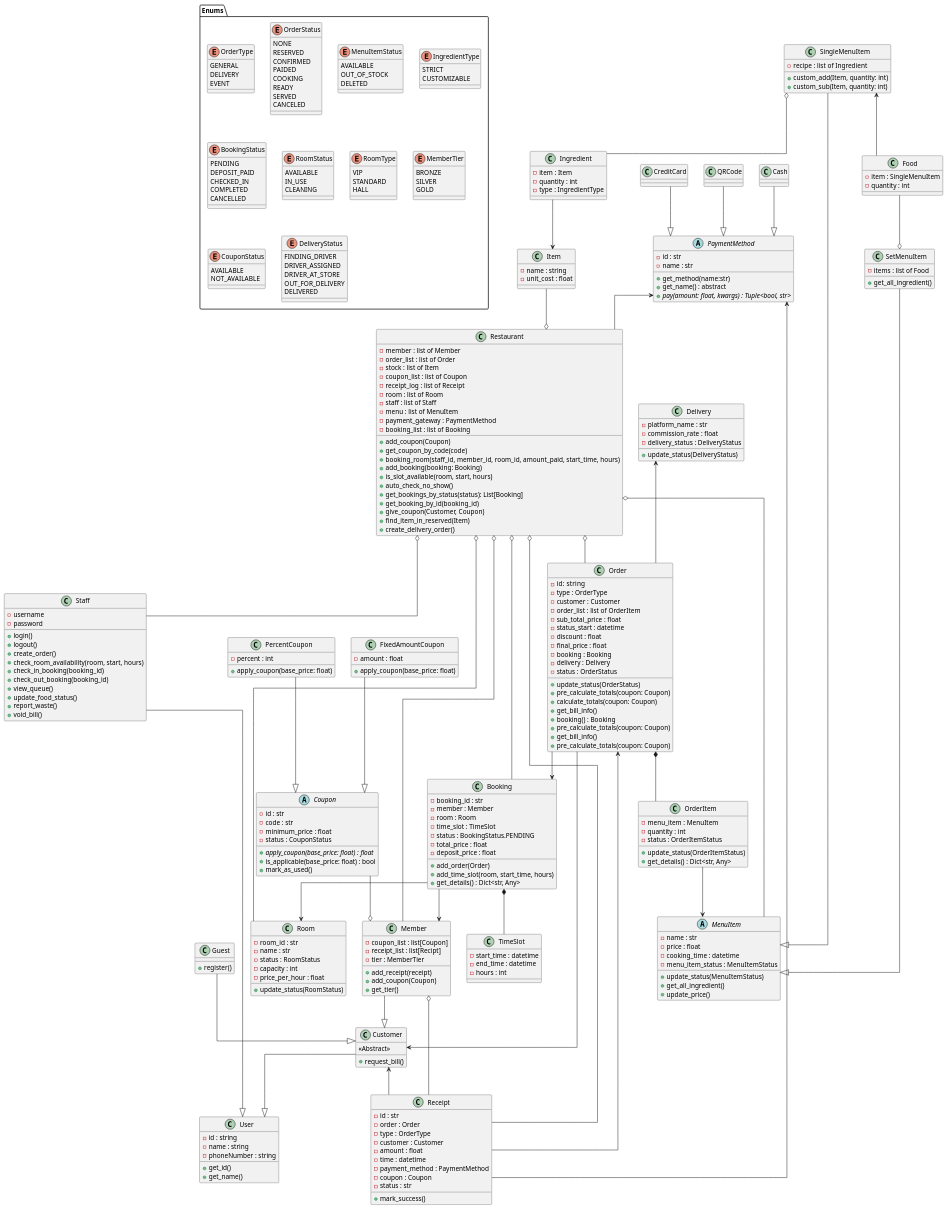
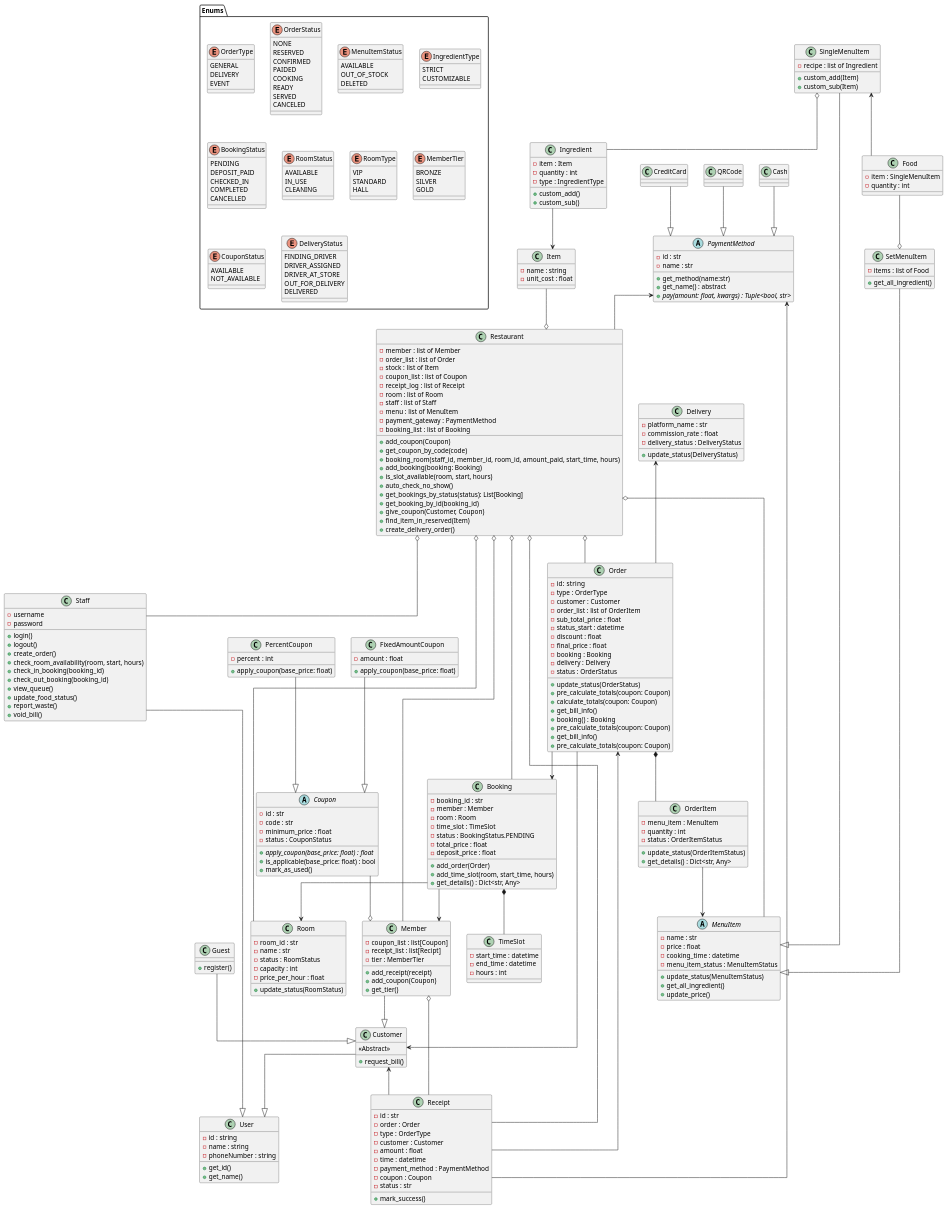
Before and after one commit to twrrippy/knight-chicken-oop: the diagram in shared/doc/class_diagram.puml, drawn with PlantUML.

Commit message:
add function

```diff
--- a/shared/doc/class_diagram.puml
+++ b/shared/doc/class_diagram.puml
@@ -122,8 +122,8 @@
 }
 class SingleMenuItem{
     - recipe : list of Ingredient
-    + custom_add(Item, quantity: int)
-    + custom_sub(Item, quantity: int)
+    + custom_add(Item)
+    + custom_sub(Item)
 }
 class SetMenuItem{
     - items : list of Food
@@ -137,6 +137,8 @@
     - item : Item
     - quantity : int
     - type : IngredientType
+    + custom_add()
+    + custom_sub()
 }
 class Item{
     - name : string
```
